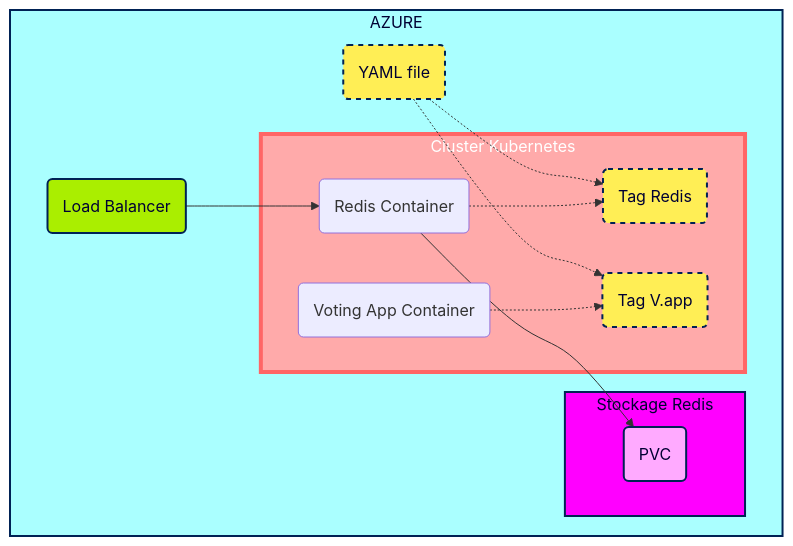
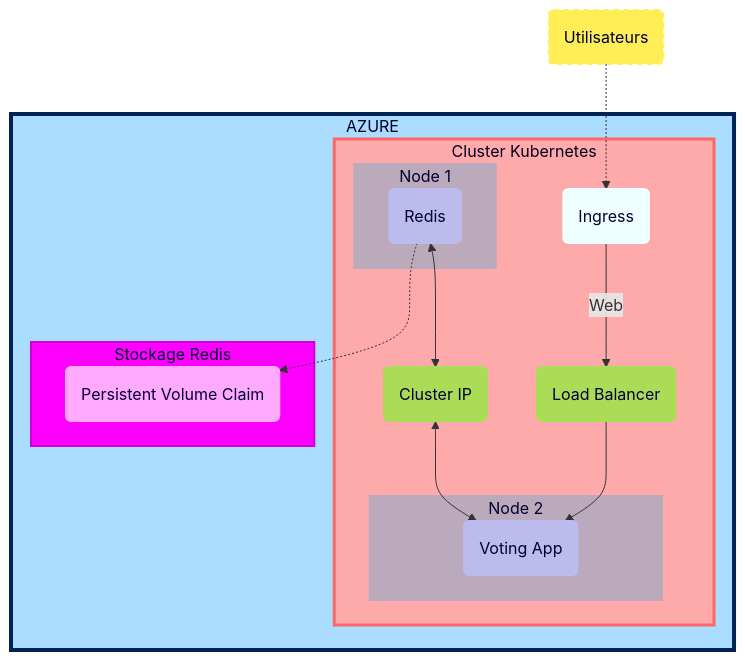
Before and after one commit to simplon-lerouxDunvael/Brief_6: the diagram in Docs/Topologie Infrastructure.md, drawn with Mermaid.

Commit message:
topologie updated

````diff
--- a/Docs/Topologie Infrastructure.md
+++ b/Docs/Topologie Infrastructure.md
@@ -4,42 +4,52 @@
 ```mermaid
-flowchart TD 
+flowchart TD
 
-yml(YAML file)
-appGW(Load Balancer)
+user(Utilisateurs)
 
     subgraph AZ [AZURE]
-        subgraph BDD [Stockage Redis]
-            Stock(PVC)
-        end
-    
-    subgraph Cluster [Cluster Kubernetes]
-        KT-temp1(Voting App Container)
-        KT-temp2(Redis Container)
-        tag1(Tag V.app)
-        tag2(Tag Redis)
+        
+        subgraph Cluster [Cluster Kubernetes]
+            appGW(Load Balancer)
+            cluster(Cluster IP)
+            Nginx(Ingress)
+
+            subgraph n1 [Node 1]
+                KT-temp1(Redis)
+            end
+
+            subgraph n2 [Node 2]
+                KT-temp2(Voting App)
+            end
         end
 
-
-appGW --> KT-temp2
-KT-temp2 --> Stock
-KT-temp2 -.-> tag2
-KT-temp1 -.-> tag1
-yml -.-> tag2
-yml -.-> tag1
+        subgraph BDD [Stockage Redis]
+            Stock(Persistent Volume Claim)
+        end
 
     end
 
-    classDef rouge fill:#faa,stroke:#f66,stroke-width:4px,color:#fff;
+appGW --> KT-temp2
+KT-temp1 -.-> Stock
+user -.-> Nginx --> |Web| appGW
+KT-temp1 <--> cluster <--> KT-temp2
+
+    classDef rouge fill:#faa,stroke:#f66,stroke-width:3px,color:#002;
     class Cluster, rouge;
-    classDef bleu fill:#aff,stroke:#025,stroke-width:2px,color:#003;
+    classDef bleu fill:#adf,stroke:#025,stroke-width:4px,color:#002;
     class AZ, bleu;
-    classDef rose fill:#f0f,stroke:#025,stroke-width:2px,color:#003;
-    class BDD, rose;
-    classDef vert fill:#ae0,stroke:#025,stroke-width:2px,color:#003;
-    class appGW, vert;
-    classDef blanc fill:#faf,stroke:#025,stroke-width:2px,color:#003;
-    class Stock, blanc;
-    classDef jaune fill:#fe5,stroke:#025,stroke-width:2px,color:#003,stroke-dasharray: 5 5;
-    class yml,tag1,tag2, jaune;
+    classDef fuschia fill:#f0f,stroke:#c0d,stroke-width:2px,color:#003;
+    class BDD, fuschia;
+    classDef vert fill:#ad5,stroke:#ad5,stroke-width:2px,color:#003;
+    class appGW,cluster, vert;
+    classDef rose fill:#faf,stroke:#faf,stroke-width:2px,color:#003;
+    class Stock, rose;
+    classDef jaune fill:#fe5,stroke:#fe5,stroke-width:2px,color:#003,stroke-dasharray: 5 5;
+    class user, jaune;
+    classDef blanc fill:#eff,stroke:#eff,stroke-width:2px,color:#003;
+    class Nginx, blanc;
+    classDef gris fill:#bab,stroke:#bab,stroke-width:2px,color:#003;
+    class n1,n2, gris;
+    classDef bleugris fill:#bbe,stroke:#bbe,stroke-width:2px,color:#003;
+    class KT-temp1,KT-temp2, bleugris;
 
 ```
````
